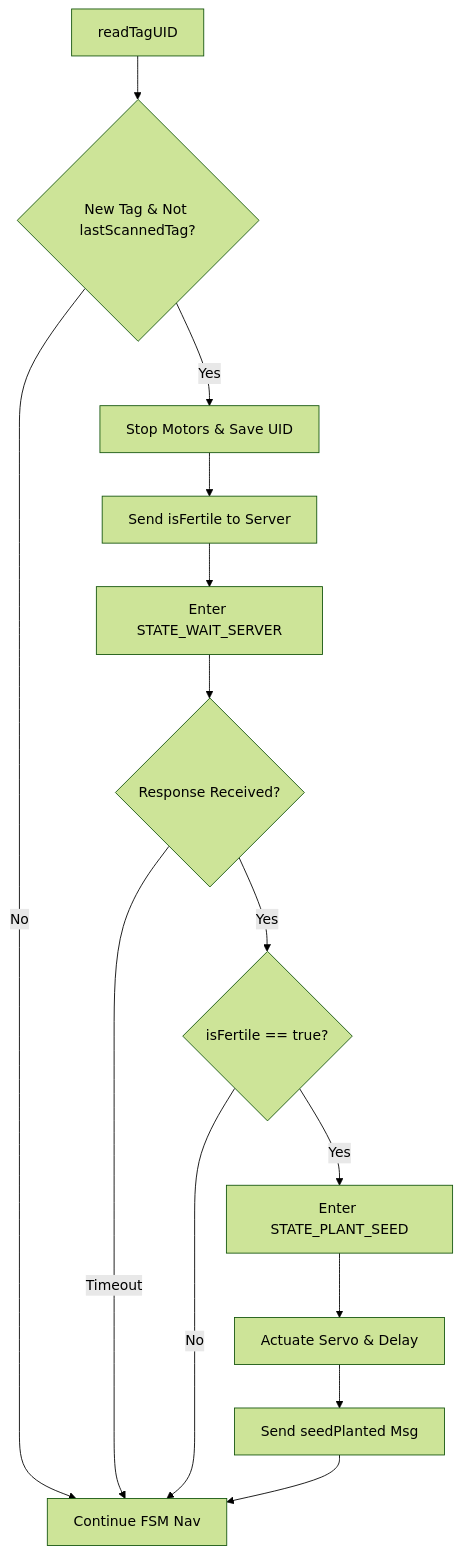
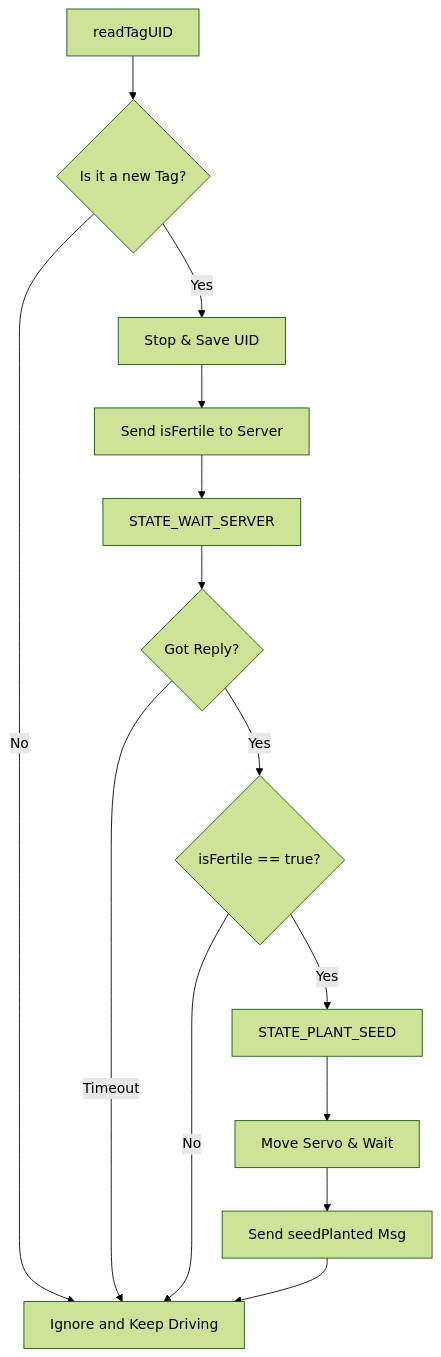
The fourth of 4 diagrams in README.md (RobotsAndAryan/Robotics_Challenge_Team13), drawn with Mermaid (forest theme) before and after one commit. The commit also changed other lines of this file, not shown here.

````diff
--- a/README.md
+++ b/README.md
@@ -183,20 +180,20 @@
 ```mermaid
 flowchart TD
-    Scan[readTagUID] --> CheckNew{New Tag & Not lastScannedTag?}
-    CheckNew -->|No| Resume[Continue FSM Nav]
-    CheckNew -->|Yes| Halt[Stop Motors & Save UID]
+    Scan[readTagUID] --> CheckNew{Is it a new Tag?}
+    CheckNew -->|No| Resume[Ignore and Keep Driving]
+    CheckNew -->|Yes| Halt[Stop & Save UID]
     
     Halt --> Req[Send isFertile to Server]
-    Req --> Wait[Enter STATE_WAIT_SERVER]
+    Req --> Wait[STATE_WAIT_SERVER]
     
-    Wait --> Resp{Response Received?}
+    Wait --> Resp{Got Reply?}
     Resp -->|Timeout| Resume
     Resp -->|Yes| Fertile{isFertile == true?}
     
     Fertile -->|No| Resume
-    Fertile -->|Yes| Plant[Enter STATE_PLANT_SEED]
+    Fertile -->|Yes| Plant[STATE_PLANT_SEED]
     
-    Plant --> Servo[Actuate Servo & Delay]
+    Plant --> Servo[Move Servo & Wait]
     Servo --> Notify[Send seedPlanted Msg]
     Notify --> Resume
 ```
````
